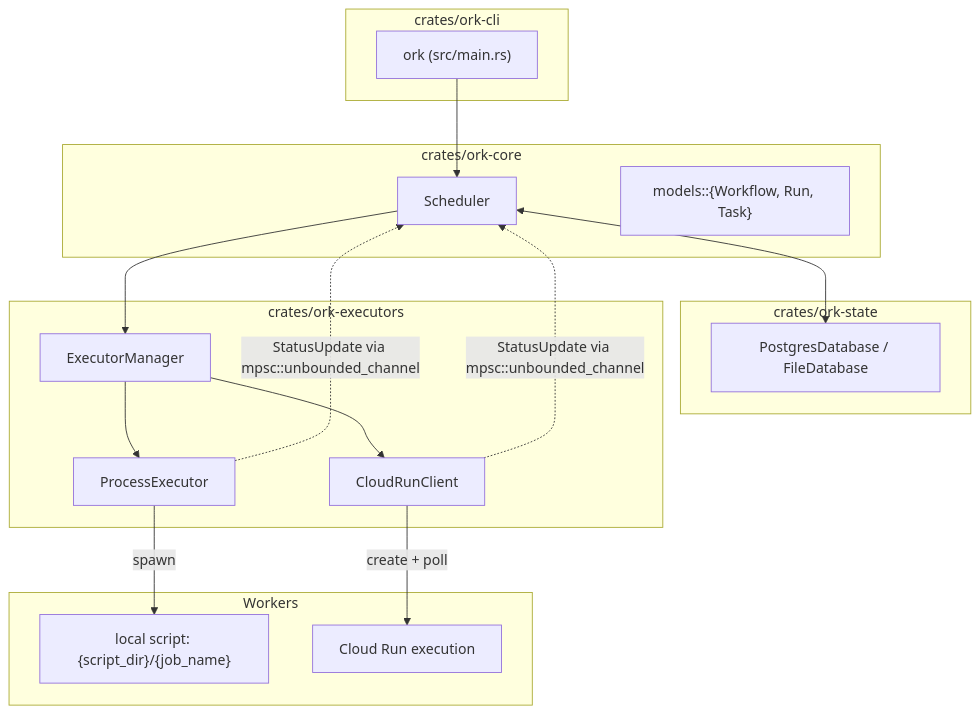
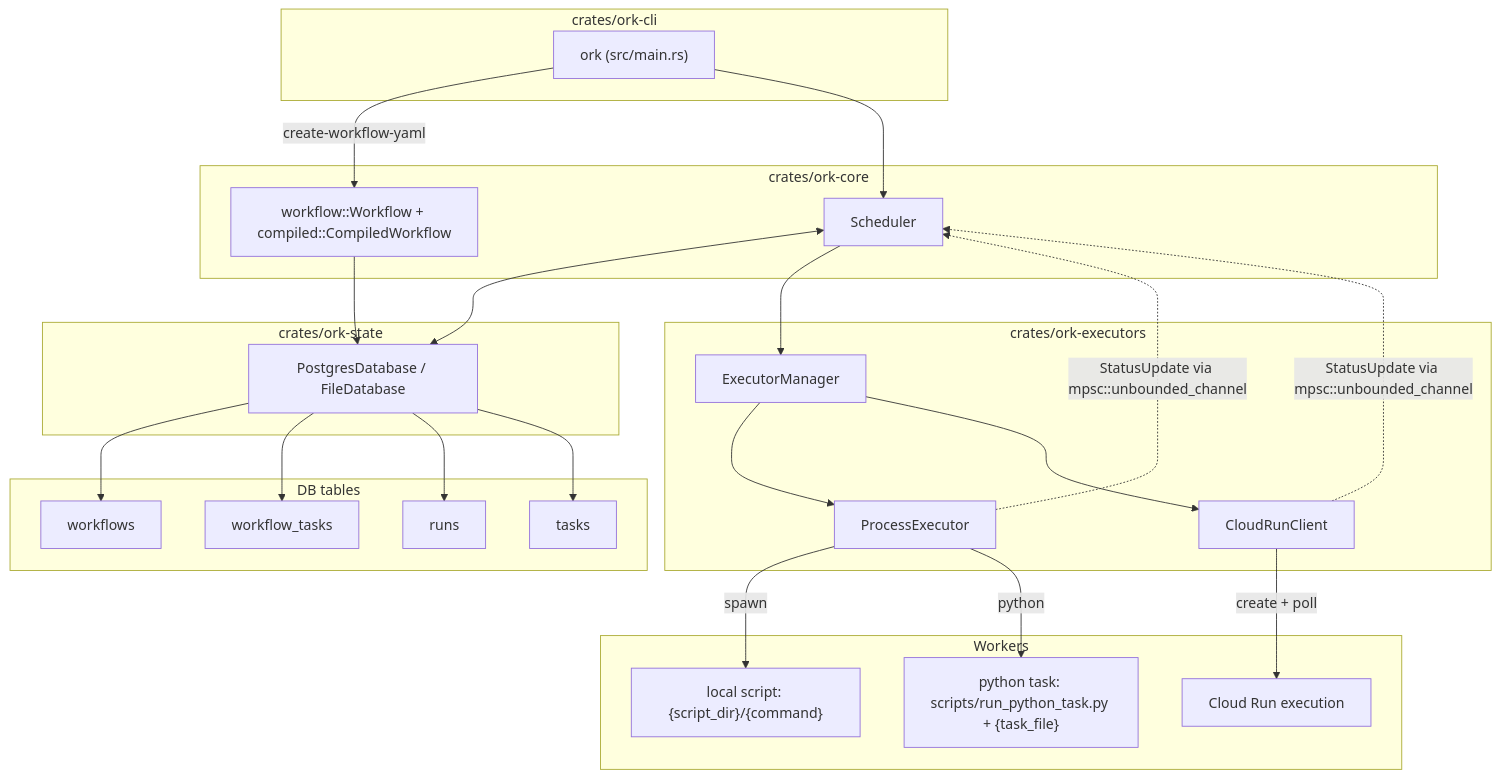
One commit to gajop/ork changed the first of 4 diagrams in docs/dev/architecture.md. Above: the diagram before and after it, drawn with Mermaid. The commit also changed other lines of this file and 30 other files, not shown here.

````diff
--- a/docs/dev/architecture.md
+++ b/docs/dev/architecture.md
@@ -7,36 +7,51 @@
 ```mermaid
 graph TB
     subgraph CLI["crates/ork-cli"]
         OrkCLI["ork (src/main.rs)"]
     end
 
     subgraph Core["crates/ork-core"]
         Scheduler["Scheduler<D,E>"]
-        Models["models::{Workflow, Run, Task}"]
+        Compiler["workflow::Workflow + compiled::CompiledWorkflow"]
     end
 
     subgraph State["crates/ork-state"]
         DB["PostgresDatabase / FileDatabase"]
+    end
+
+    subgraph Tables["DB tables"]
+        Workflows["workflows"]
+        WorkflowTasks["workflow_tasks"]
+        Runs["runs"]
+        Tasks["tasks"]
     end
 
     subgraph Executors["crates/ork-executors"]
         ExecMgr["ExecutorManager"]
         ProcExec["ProcessExecutor"]
         CloudExec["CloudRunClient"]
     end
 
     subgraph Workers["Workers"]
-        LocalJob["local script: {script_dir}/{job_name}"]
+        LocalJob["local script: {script_dir}/{command}"]
+        PyTask["python task: scripts/run_python_task.py + {task_file}"]
         CloudJob["Cloud Run execution"]
     end
 
+    OrkCLI -->|create-workflow-yaml| Compiler
+    Compiler --> DB
+    DB --> Workflows
+    DB --> WorkflowTasks
     OrkCLI --> Scheduler
     Scheduler <--> DB
+    DB --> Runs
+    DB --> Tasks
     Scheduler --> ExecMgr
     ExecMgr --> ProcExec
     ExecMgr --> CloudExec
     ProcExec -->|spawn| LocalJob
+    ProcExec -->|python| PyTask
     CloudExec -->|create + poll| CloudJob
     ProcExec -. "StatusUpdate via mpsc::unbounded_channel" .-> Scheduler
     CloudExec -. "StatusUpdate via mpsc::unbounded_channel" .-> Scheduler
 ```
````
